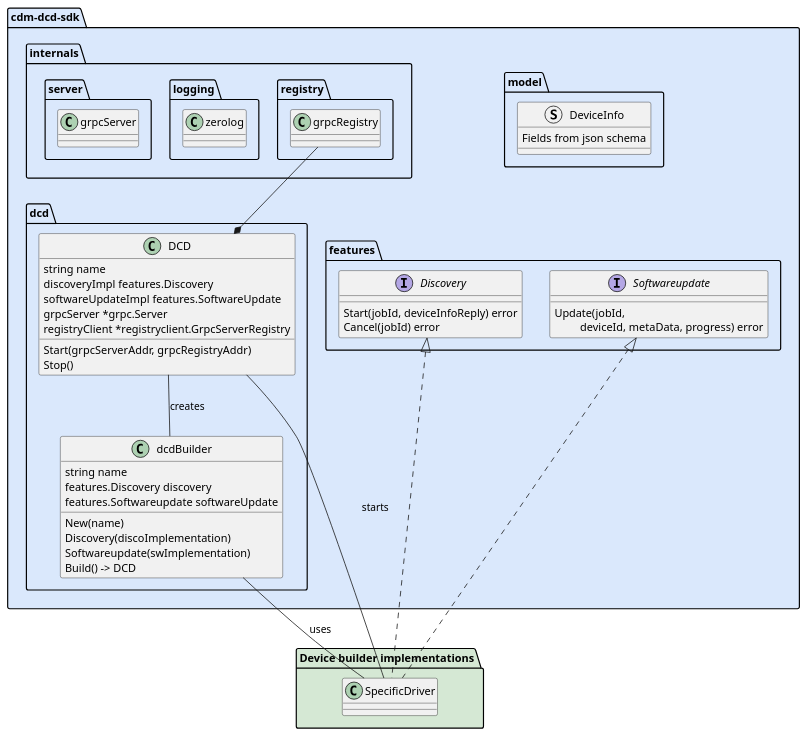
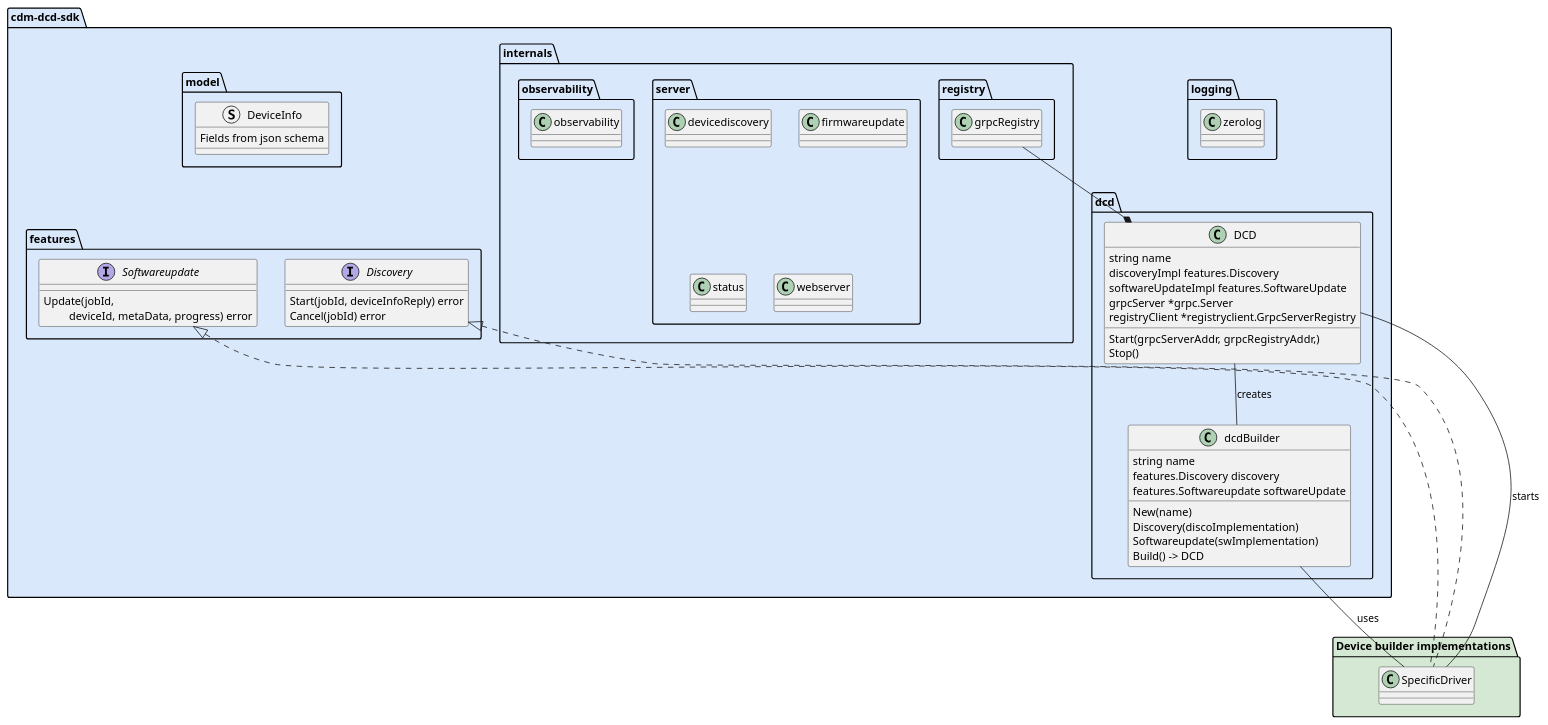
The diagram in README.md (industrial-asset-hub/asset-link-sdk), drawn with PlantUML before and after one commit. The commit also changed other lines of this file and 9 other files, not shown here.

````diff
--- a/README.md
+++ b/README.md
@@ -14,68 +14,77 @@
 ```plantuml
 package "cdm-dcd-sdk" #DAE8FC {
 package "features" {
 interface Discovery
 interface Softwareupdate
 
 Discovery : Start(jobId, deviceInfoReply) error
 Discovery : Cancel(jobId) error
 
 Softwareupdate :  Update(jobId, \n\t deviceId, metaData, progress) error
 
 }
 
+package "logging" {
+class zerolog
+
+}
+
 package "internals" {
 package "registry" {
 class grpcRegistry
 }
 
-package "logging" {
-class zerolog
+package "server" {
+class devicediscovery
+class firmwareupdate
+class status
+class webserver
+
 }
 
-package "server" {
-class grpcServer
+package "observability" {
+class observability
 
 }
 }
 
 package "dcd" {
 DCD -- dcdBuilder : creates
 DCD *-u- grpcRegistry
 
 dcdBuilder : string name
 dcdBuilder : features.Discovery discovery
 dcdBuilder : features.Softwareupdate softwareUpdate
 dcdBuilder : New(name)
 dcdBuilder : Discovery(discoImplementation)
 dcdBuilder : Softwareupdate(swImplementation)
 dcdBuilder : Build() -> DCD
 
 DCD : string name
 DCD : discoveryImpl features.Discovery
 DCD : softwareUpdateImpl features.SoftwareUpdate
 DCD : grpcServer *grpc.Server
 DCD : registryClient *registryclient.GrpcServerRegistry
-DCD : Start(grpcServerAddr, grpcRegistryAddr)
+DCD : Start(grpcServerAddr, grpcRegistryAddr,)
 DCD : Stop()
 
 
 }
 
 
 package "model" {
 struct DeviceInfo
 DeviceInfo .d[hidden]. Discovery
 DeviceInfo .d[hidden]. Softwareupdate
 
 DeviceInfo : Fields from json schema
 }
 }
 
 package "Device builder implementations" #D5E8D4 {
 SpecificDriver -u- DCD : starts
 SpecificDriver -u- dcdBuilder : uses
 SpecificDriver .u.|> Discovery
 SpecificDriver .u.|> Softwareupdate
 }
 ```
````
